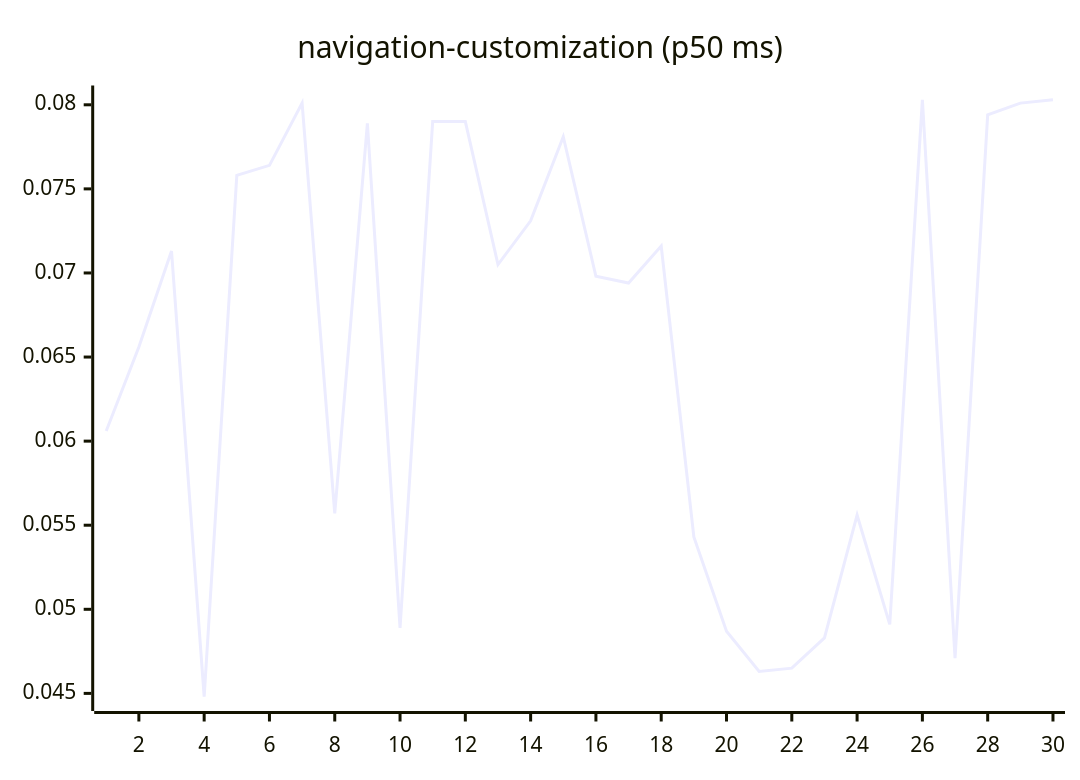
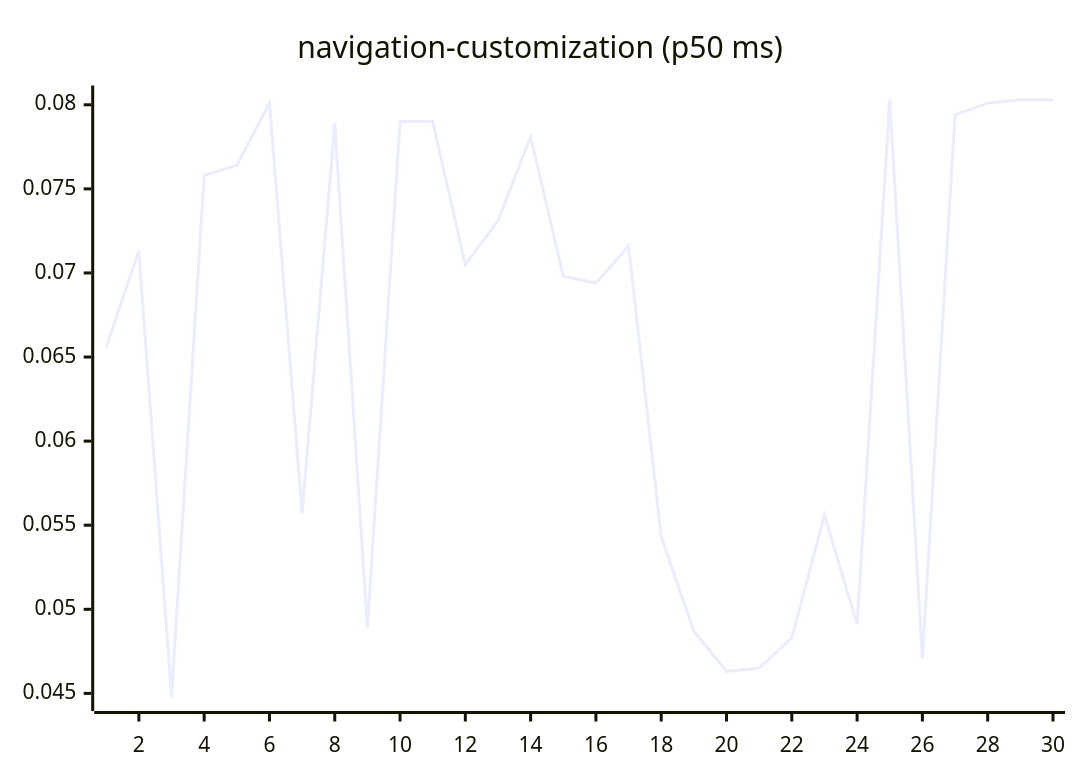
One commit to josha/Facet changed diagram 15 of 27 in README.md. Above: the diagram before and after it, drawn with Mermaid. The commit also changed other lines of this file and 2 other files, not shown here.

````diff
--- a/README.md
+++ b/README.md
@@ -161,6 +161,6 @@
 ```mermaid
 xychart-beta
     title "navigation-customization (p50 ms)"
     x-axis 1 --> 30
-    line [0.0606, 0.0656, 0.0713, 0.0448, 0.0758, 0.0764, 0.0801, 0.0557, 0.0789, 0.0489, 0.0790, 0.0790, 0.0705, 0.0731, 0.0781, 0.0698, 0.0694, 0.0716, 0.0543, 0.0487, 0.0463, 0.0465, 0.0483, 0.0556, 0.0491, 0.0803, 0.0471, 0.0794, 0.0801, 0.0803]
+    line [0.0656, 0.0713, 0.0448, 0.0758, 0.0764, 0.0801, 0.0557, 0.0789, 0.0489, 0.0790, 0.0790, 0.0705, 0.0731, 0.0781, 0.0698, 0.0694, 0.0716, 0.0543, 0.0487, 0.0463, 0.0465, 0.0483, 0.0556, 0.0491, 0.0803, 0.0471, 0.0794, 0.0801, 0.0803, 0.0803]
 ```
````
